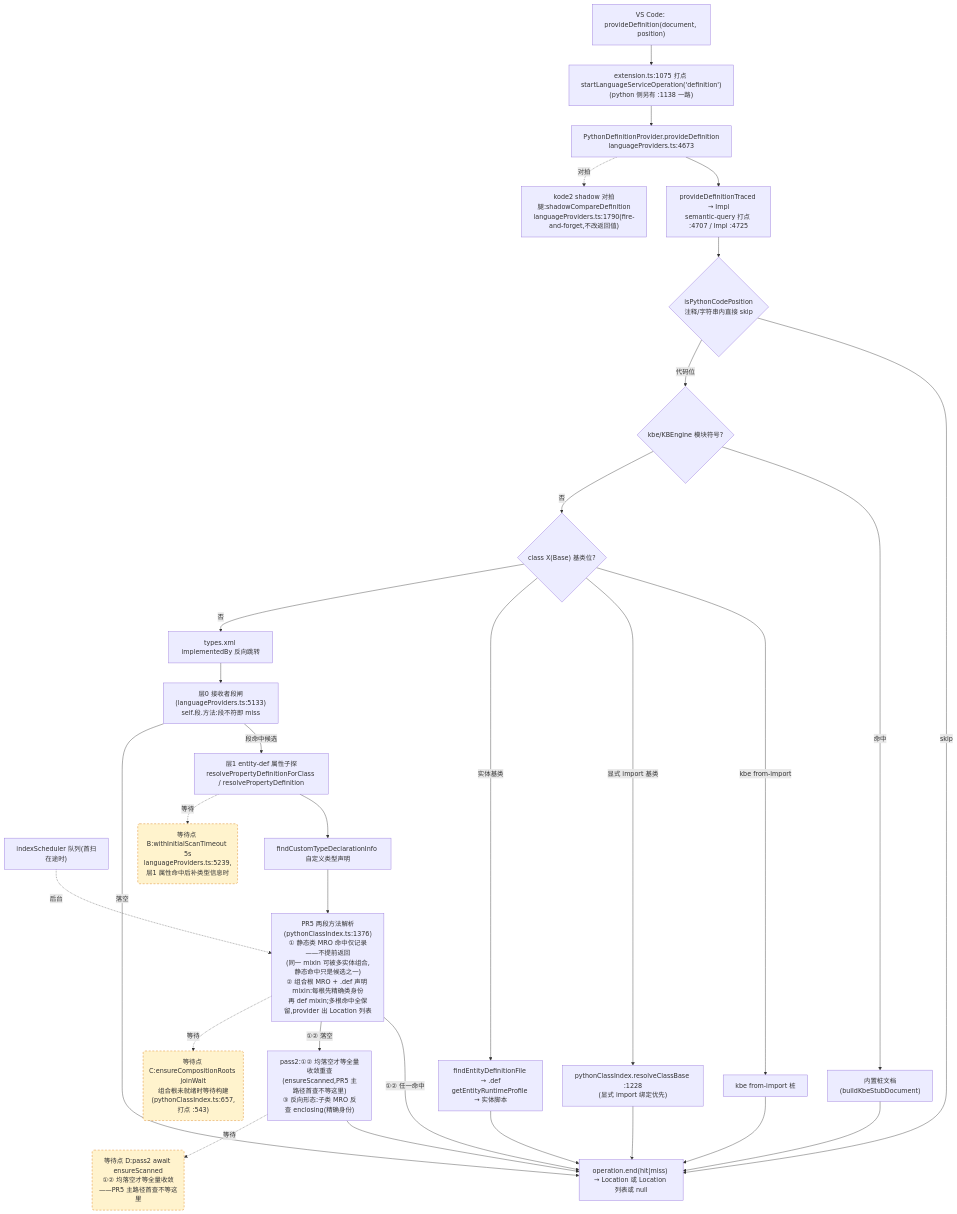
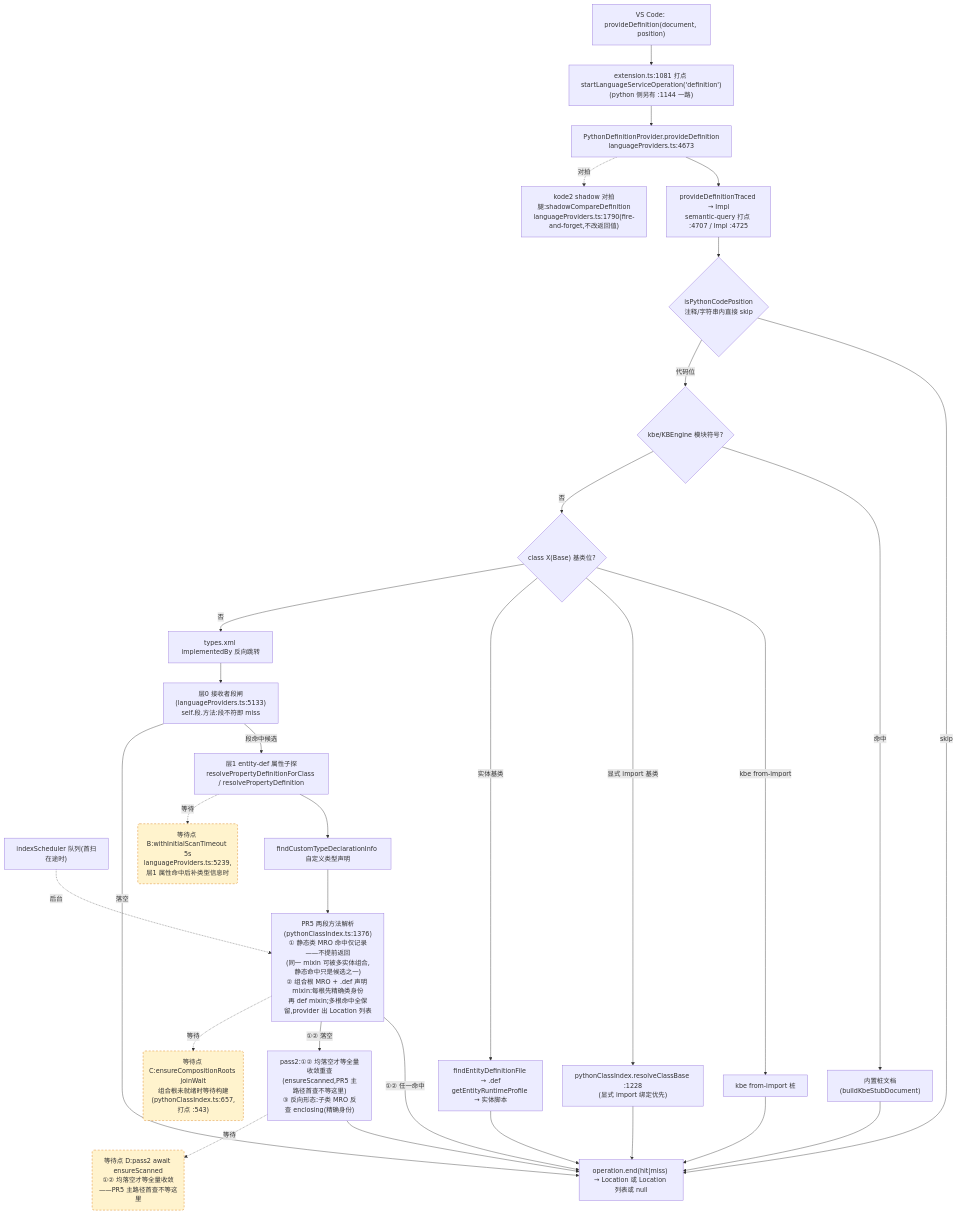
One commit to cuihairu/kode changed the second of 4 diagrams in docs/perf/2026-baseline.md. Above: the diagram before and after it, drawn with Mermaid. The commit also changed other lines of this file and 3 other files, not shown here.

````diff
--- a/docs/perf/2026-baseline.md
+++ b/docs/perf/2026-baseline.md
@@ -130,51 +130,51 @@
 ```mermaid
 flowchart TD
   VC2["VS Code: provideDefinition(document, position)"]
-  M2["extension.ts:1075 打点 startLanguageServiceOperation('definition')<br/>(python 侧另有 :1138 一路)"]
+  M2["extension.ts:1081 打点 startLanguageServiceOperation('definition')<br/>(python 侧另有 :1144 一路)"]
   AD2["PythonDefinitionProvider.provideDefinition<br/>languageProviders.ts:4673"]
   TR["provideDefinitionTraced → Impl<br/>semantic-query 打点 :4707 / Impl :4725"]
   CTX{"isPythonCodePosition<br/>注释/字符串内直接 skip"}
   KBE{"kbe/KBEngine 模块符号?"}
   STUB["内置桩文档(buildKbeStubDocument)"]
   CB{"class X(Base) 基类位?"}
   CB1["kbe from-import 桩"]
   CB2["pythonClassIndex.resolveClassBase :1228<br/>(显式 import 绑定优先)"]
   CB3["findEntityDefinitionFile → .def<br/>getEntityRuntimeProfile → 实体脚本"]
   REV["types.xml implementedBy 反向跳转"]
   L0["层0 接收者段闸(languageProviders.ts:5133)<br/>self.段.方法:段不符即 miss"]
   L1["层1 entity-def 属性子探<br/>resolvePropertyDefinitionForClass / resolvePropertyDefinition"]
   SCAN["indexScheduler 队列(首扫在途时)"]
   TY["findCustomTypeDeclarationInfo 自定义类型声明"]
   MRO["PR5 两段方法解析(pythonClassIndex.ts:1376)<br/>① 静态类 MRO 命中仅记录——不提前返回<br/>(同一 mixin 可被多实体组合,静态命中只是候选之一)<br/>② 组合根 MRO + .def 声明 mixin:每根先精确类身份<br/>再 def mixin;多根命中全保留,provider 出 Location 列表"]
   PASS2["pass2:①② 均落空才等全量收敛重查<br/>(ensureScanned,PR5 主路径首查不等这里)<br/>③ 反向形态:子类 MRO 反查 enclosing(精确身份)"]
   SHD["kode2 shadow 对拍腿:shadowCompareDefinition<br/>languageProviders.ts:1790(fire-and-forget,不改返回值)"]
   END2["operation.end(hit|miss) → Location 或 Location 列表或 null"]
 
   VC2 --> M2 --> AD2 --> TR --> CTX
   CTX -- "skip" --> END2
   CTX -- "代码位" --> KBE
   KBE -- "命中" --> STUB --> END2
   KBE -- "否" --> CB
   CB -- "kbe from-import" --> CB1 --> END2
   CB -- "显式 import 基类" --> CB2 --> END2
   CB -- "实体基类" --> CB3 --> END2
   CB -- "否" --> REV --> L0
   L0 -- "段命中候选" --> L1
   L0 -- "落空" --> END2
   L1 --> TY
   TY --> MRO
   MRO -- "①② 任一命中" --> END2
   MRO -- "①② 落空" --> PASS2 --> END2
   AD2 -.->|对拍| SHD
 
   WAITB("等待点 B:withInitialScanTimeout 5s<br/>languageProviders.ts:5239,层1 属性命中后补类型信息时")
   WAITC("等待点 C:ensureCompositionRoots joinWait<br/>组合根未就绪时等待构建(pythonClassIndex.ts:657,打点 :543)")
   WAITD("等待点 D:pass2 await ensureScanned<br/>①② 均落空才等全量收敛——PR5 主路径首查不等这里")
   L1 -.->|等待| WAITB
   MRO -.->|等待| WAITC
   PASS2 -.->|等待| WAITD
   SCAN -.->|后台| MRO
 
   classDef waitPoint fill:#fff3cd,stroke:#d97706,stroke-dasharray:5 4;
   class WAITB,WAITC,WAITD waitPoint;
 ```
````
